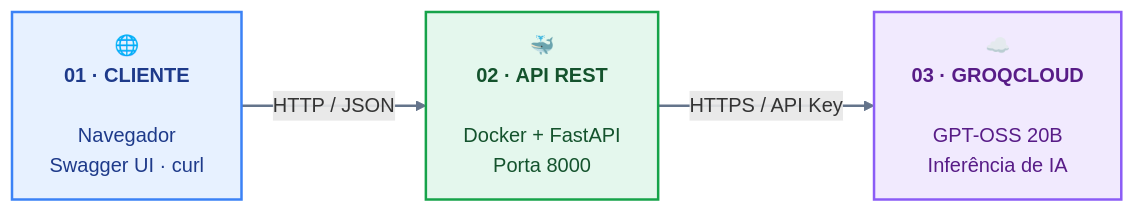
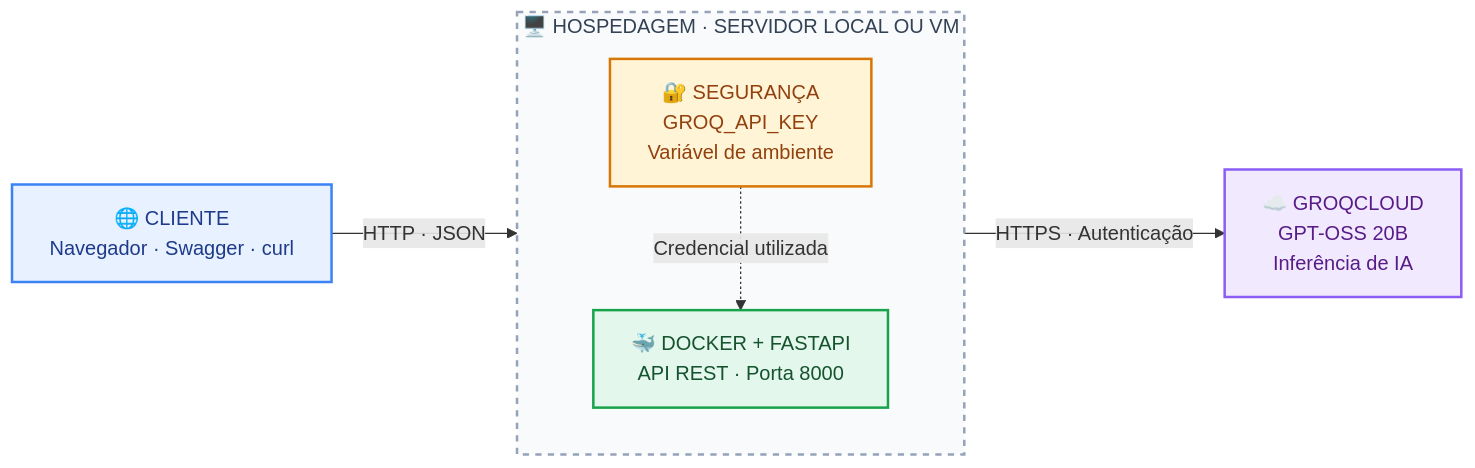
The diagram in README.md (lanverly/lab-groq-docker), drawn with Mermaid before and after one commit.

````diff
--- a/README.md
+++ b/README.md
@@ -21,24 +21,28 @@
 ```mermaid
+flowchart LR
+    CLIENTE["🌐 CLIENTE<br/>Navegador · Swagger · curl"]
 
-flowchart LR
-    A["🌐<br/><b>01 · CLIENTE</b><br/><br/>Navegador<br/>Swagger UI · curl"]
+    subgraph HOST["🖥️ HOSPEDAGEM · SERVIDOR LOCAL OU VM"]
+        direction TB
+        API["🐳 DOCKER + FASTAPI<br/>API REST · Porta 8000"]
+        KEY["🔐 SEGURANÇA<br/>GROQ_API_KEY<br/>Variável de ambiente"]
+        KEY -.->|"Credencial utilizada"| API
+    end
 
-    B["🐳<br/><b>02 · API REST</b><br/><br/>Docker + FastAPI<br/>Porta 8000"]
+    GROQ["☁️ GROQCLOUD<br/>GPT-OSS 20B<br/>Inferência de IA"]
 
-    C["☁️<br/><b>03 · GROQCLOUD</b><br/><br/>GPT-OSS 20B<br/>Inferência de IA"]
-
-    A -->|"HTTP / JSON"| B
-    B -->|"HTTPS / API Key"| C
+    CLIENTE -->|"HTTP · JSON"| API
+    API -->|"HTTPS · Autenticação"| GROQ
 
     classDef client fill:#E7F1FF,stroke:#3B82F6,stroke-width:2px,color:#1E3A8A
     classDef api fill:#E4F7ED,stroke:#16A34A,stroke-width:2px,color:#14532D
+    classDef security fill:#FFF4D6,stroke:#D97706,stroke-width:2px,color:#92400E
     classDef cloud fill:#F1EAFE,stroke:#8B5CF6,stroke-width:2px,color:#581C87
 
-    class A client
-    class B api
-    class C cloud
+    class CLIENTE client
+    class API api
+    class KEY security
+    class GROQ cloud
 
-    linkStyle default stroke:#64748B,stroke-width:2px
-
-
+    style HOST fill:#F8FAFC,stroke:#94A3B8,stroke-width:2px,stroke-dasharray:5 5,color:#334155
 ```
````
